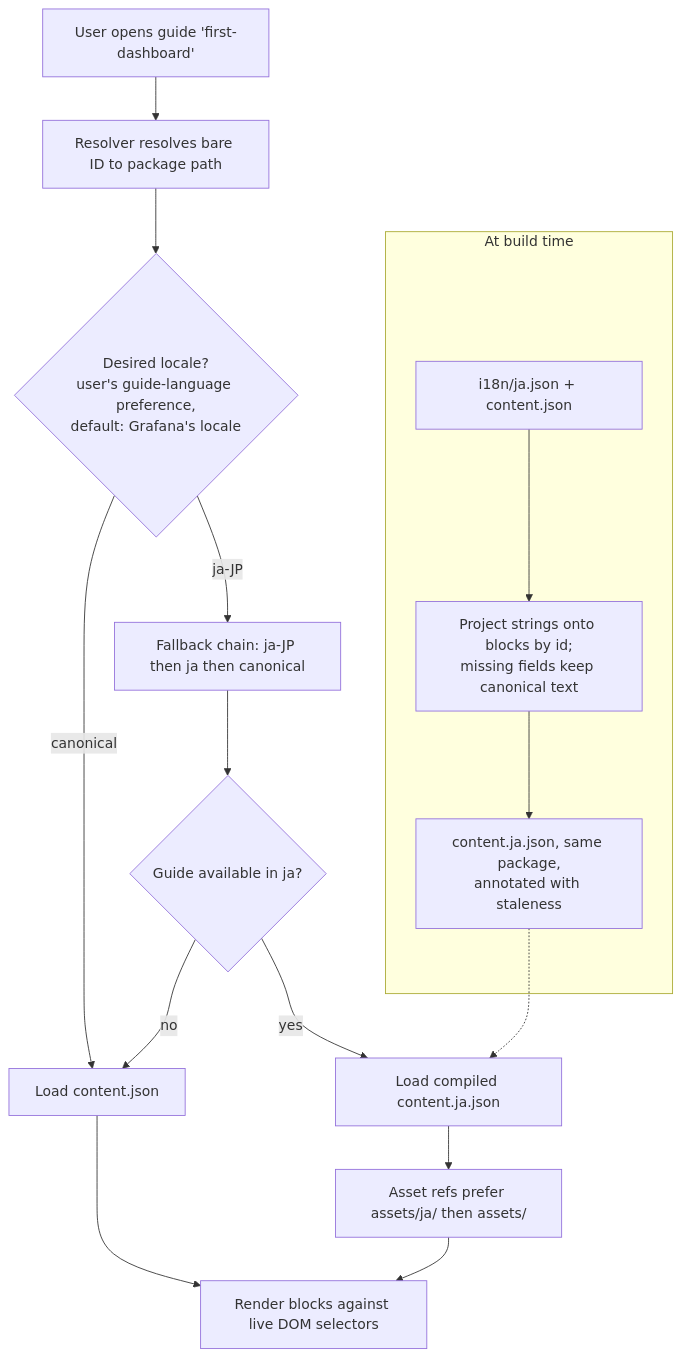
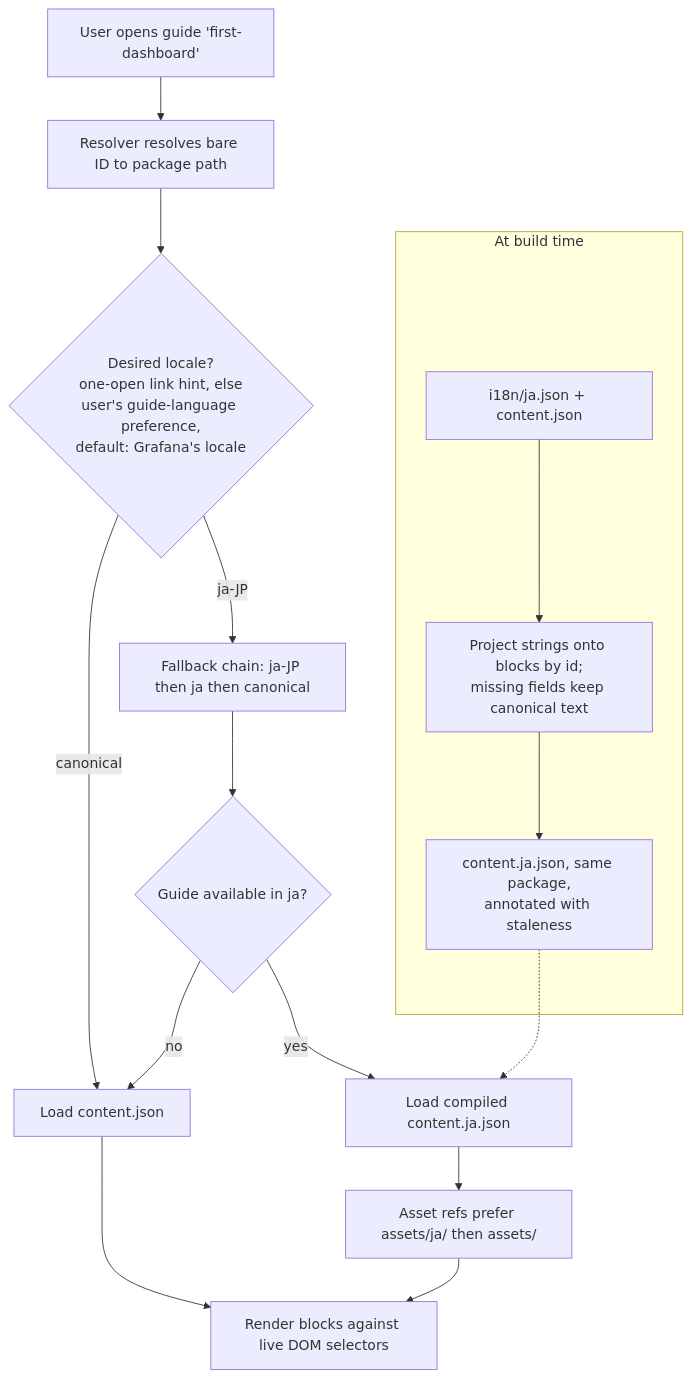
Before and after one commit to grafana/grafana-pathfinder-app: the diagram in docs/design/I18N.md, drawn with Mermaid. The commit also changed other lines of this file, not shown here.

First line of the commit message:
docs(i18n): land revision R0 in the guide i18n design doc

````diff
--- a/docs/design/I18N.md
+++ b/docs/design/I18N.md
@@ -93,18 +93,18 @@
 ```mermaid
 flowchart TD
     subgraph Build[At build time]
         S[i18n/ja.json + content.json] --> P[Project strings onto blocks by id;<br/>missing fields keep canonical text]
         P --> Q[content.ja.json, same package,<br/>annotated with staleness]
     end
     A[User opens guide 'first-dashboard'] --> B[Resolver resolves bare ID to package path]
-    B --> D{Desired locale?<br/>user's guide-language preference,<br/>default: Grafana's locale}
+    B --> D{Desired locale?<br/>one-open link hint, else<br/>user's guide-language preference,<br/>default: Grafana's locale}
     D -->|canonical| E[Load content.json]
     D -->|ja-JP| F[Fallback chain: ja-JP then ja then canonical]
     F --> G{Guide available in ja?}
     G -->|no| E
     G -->|yes| H[Load compiled content.ja.json]
     Q -.-> H
     H --> J[Asset refs prefer assets/ja/ then assets/]
     E --> K[Render blocks against live DOM selectors]
     J --> K
 ```
````
